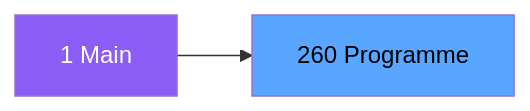
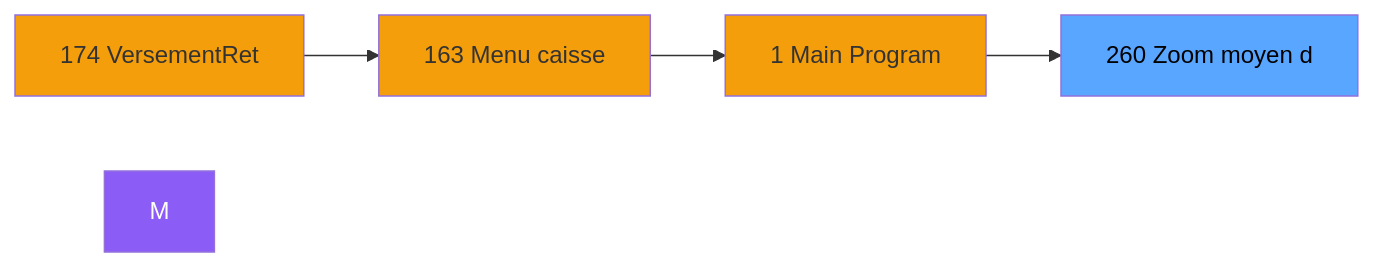
One commit to thonyAGP/magic-migration changed the second of 3 diagrams in .openspec/specs/ADH-IDE-260.md. Above: the diagram before and after it, drawn with Mermaid. The commit also changed other lines of this file and 323 other files, not shown here.

````diff
--- a/.openspec/specs/ADH-IDE-260.md
+++ b/.openspec/specs/ADH-IDE-260.md
@@ -98,8 +114,15 @@
 ```mermaid
 graph LR
-    M[1 Main]
-    T[260 Programme]
-    M --> T
+    N174[174 VersementRet]
+    N163[163 Menu caisse ]
+    N1[1 Main Program]
+    T[260 Zoom moyen d]
+    N174 --> N163
+    N163 --> N1
+    N1 --> T
     style M fill:#8b5cf6,color:#fff
+    style N174 fill:#f59e0b
+    style N163 fill:#f59e0b
+    style N1 fill:#f59e0b
     style T fill:#58a6ff,color:#000
 ```
````
